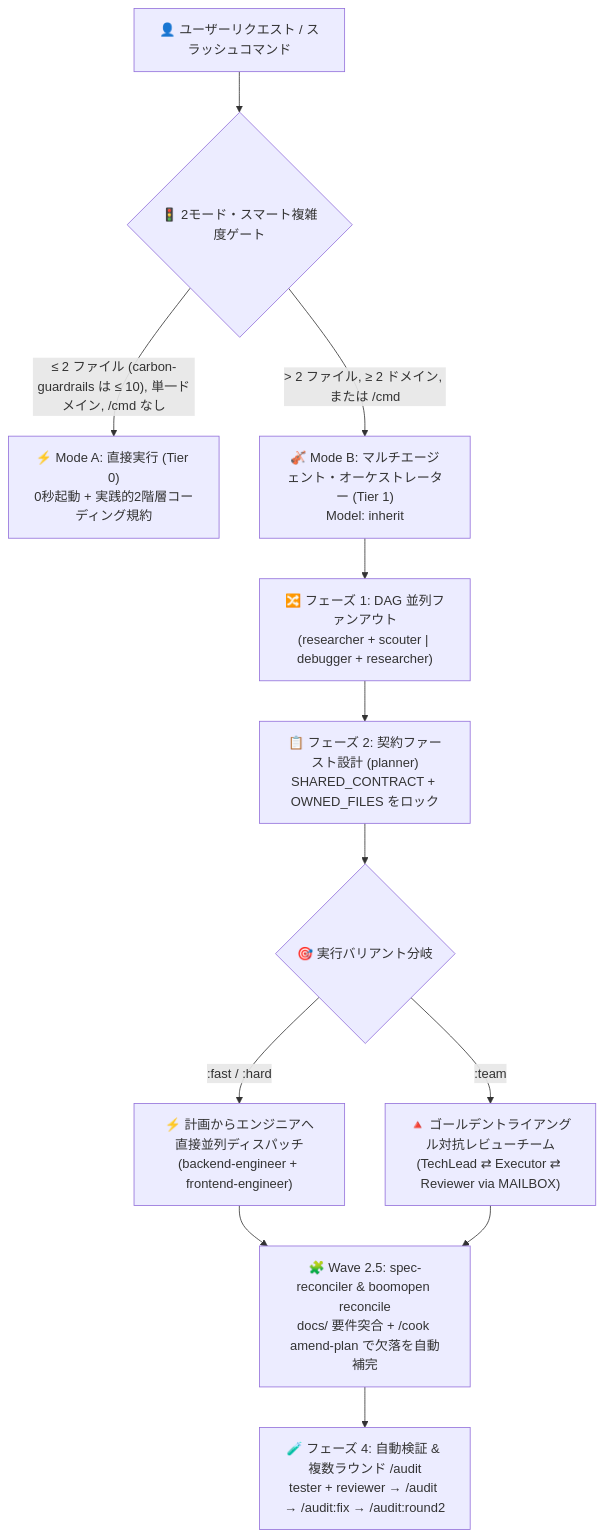
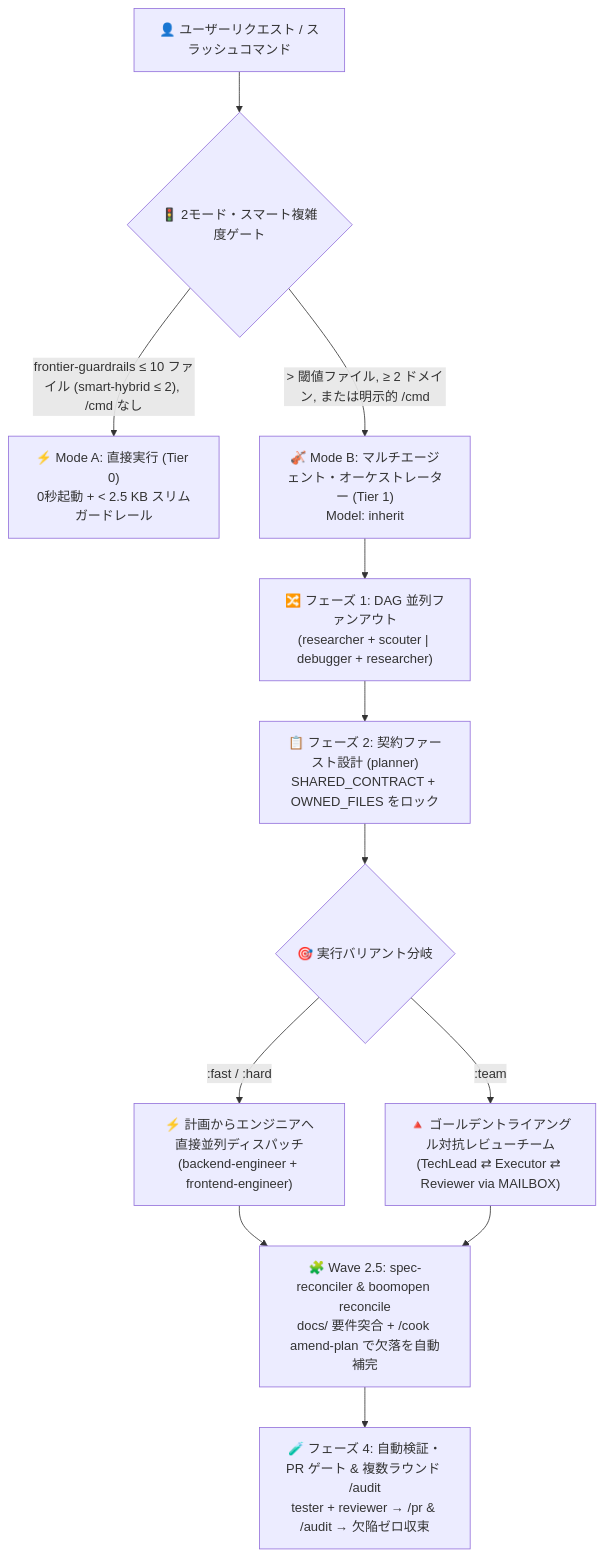
The diagram in i18n/README.ja.md (Kennyboom/BoomOpen-Workflow-Kit-Pro), drawn with Mermaid before and after one commit. The commit also changed other lines of this file and 99 other files, not shown here.

````diff
--- a/i18n/README.ja.md
+++ b/i18n/README.ja.md
@@ -49,17 +57,17 @@
 ```mermaid
 flowchart TD
     User["👤 ユーザーリクエスト / スラッシュコマンド"] --> Gate{"🚦 2モード・スマート複雑度ゲート"}
-    Gate -->|"≤ 2 ファイル (carbon-guardrails は ≤ 10), 単一ドメイン, /cmd なし"| ModeA["⚡ Mode A: 直接実行 (Tier 0)<br/>0秒起動 + 実践的2階層コーディング規約"]
-    Gate -->|"> 2 ファイル, ≥ 2 ドメイン, または /cmd"| ModeB["🎻 Mode B: マルチエージェント・オーケストレーター (Tier 1)<br/>Model: inherit"]
+    Gate -->|"frontier-guardrails ≤ 10 ファイル (smart-hybrid ≤ 2), /cmd なし"| ModeA["⚡ Mode A: 直接実行 (Tier 0)<br/>0秒起動 + < 2.5 KB スリムガードレール"]
+    Gate -->|"> 閾値ファイル, ≥ 2 ドメイン, または明示的 /cmd"| ModeB["🎻 Mode B: マルチエージェント・オーケストレーター (Tier 1)<br/>Model: inherit"]
 
     ModeB --> FanOut["🔀 フェーズ 1: DAG 並列ファンアウト<br/>(researcher + scouter | debugger + researcher)"]
     FanOut --> Plan["📋 フェーズ 2: 契約ファースト設計 (planner)<br/>SHARED_CONTRACT + OWNED_FILES をロック"]
     Plan --> Dispatch{"🎯 実行バリアント分岐"}
 
     Dispatch -->|":fast / :hard"| Direct["⚡ 計画からエンジニアへ直接並列ディスパッチ<br/>(backend-engineer + frontend-engineer)"]
     Dispatch -->|":team"| Triangle["🔺 ゴールデントライアングル対抗レビューチーム<br/>(TechLead ⇄ Executor ⇄ Reviewer via MAILBOX)"]
 
     Direct --> Reconcile["🧩 Wave 2.5: spec-reconciler & boomopen reconcile<br/>docs/ 要件突合 + /cook amend-plan で欠落を自動補完"]
     Triangle --> Reconcile
-    Reconcile --> Verify["🧪 フェーズ 4: 自動検証 & 複数ラウンド /audit<br/>tester + reviewer → /audit → /audit:fix → /audit:round2"]
+    Reconcile --> Verify["🧪 フェーズ 4: 自動検証・PR ゲート & 複数ラウンド /audit<br/>tester + reviewer → /pr & /audit → 欠陥ゼロ収束"]
 ```
````
